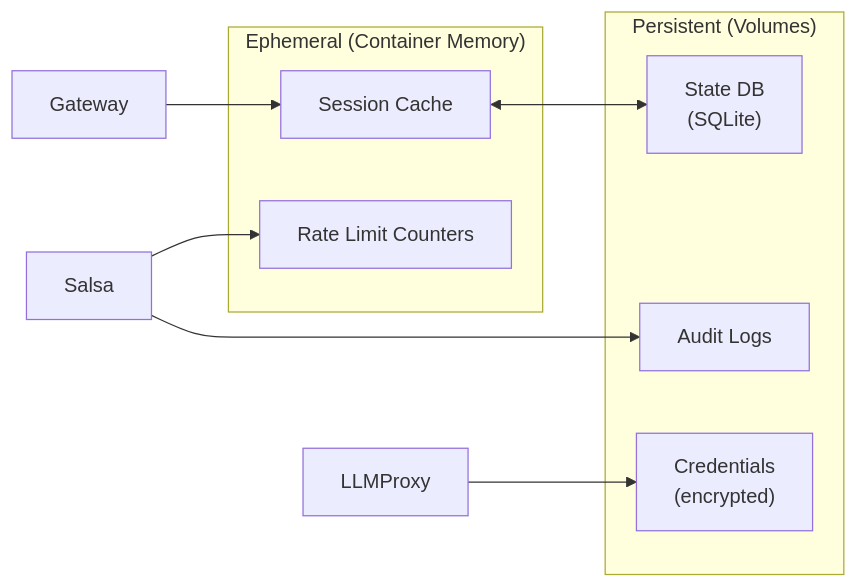
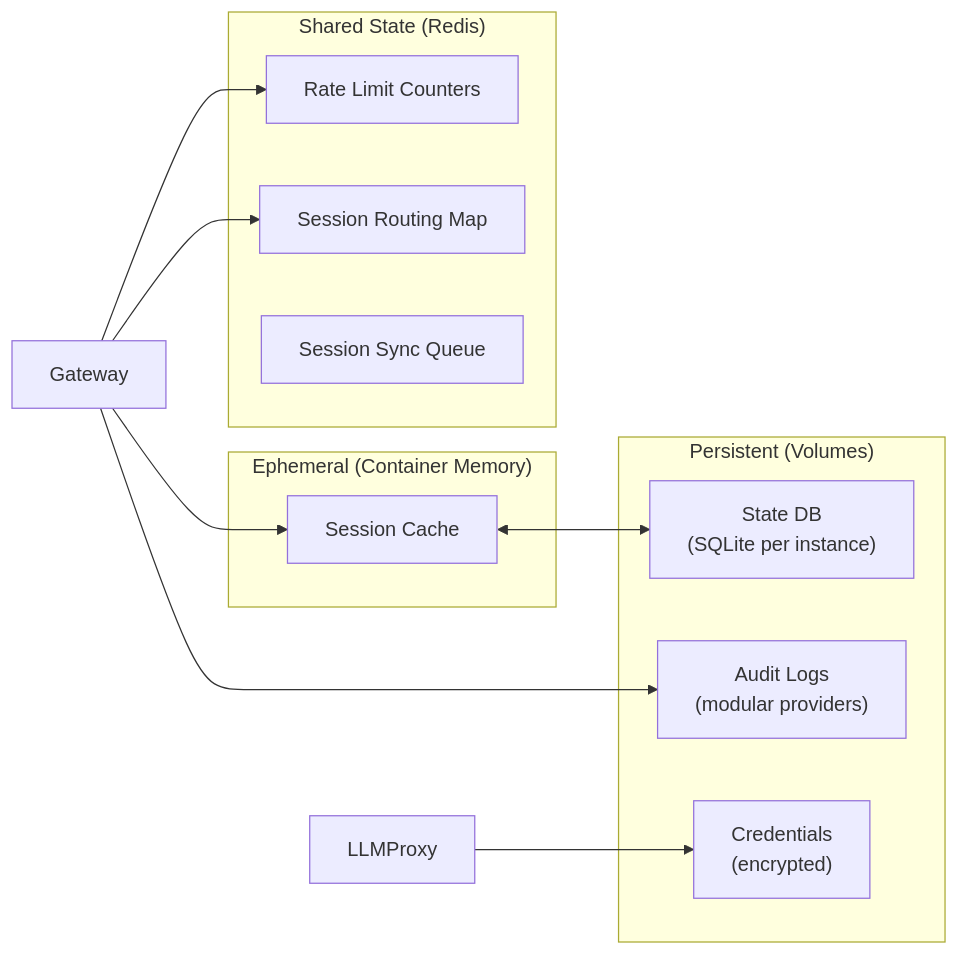
One commit to Nacho-Labs-LLC/nachos changed the ninth of 10 diagrams in docs/architecture.md. Above: the diagram before and after it, drawn with Mermaid. The commit also changed other lines of this file and 12 other files, not shown here.

````diff
--- a/docs/architecture.md
+++ b/docs/architecture.md
@@ -325,19 +332,25 @@
 ```mermaid
 flowchart LR
     subgraph Ephemeral["Ephemeral (Container Memory)"]
         SessionCache["Session Cache"]
-        RateLimitCounters["Rate Limit Counters"]
+    end
+
+    subgraph SharedState["Shared State (Redis)"]
+        RateLimits["Rate Limit Counters"]
+        SessionMap["Session Routing Map"]
+        SessionSync["Session Sync Queue"]
     end
 
     subgraph Persistent["Persistent (Volumes)"]
-        StateDB["State DB<br/>(SQLite)"]
-        AuditLogs["Audit Logs"]
+        StateDB["State DB<br/>(SQLite per instance)"]
+        AuditLogs["Audit Logs<br/>(modular providers)"]
         Credentials["Credentials<br/>(encrypted)"]
     end
 
     Gateway --> SessionCache
     SessionCache <--> StateDB
-    Salsa --> RateLimitCounters
-    Salsa --> AuditLogs
+    Gateway --> RateLimits
+    Gateway --> SessionMap
+    Gateway --> AuditLogs
     LLMProxy --> Credentials
 ```
````
